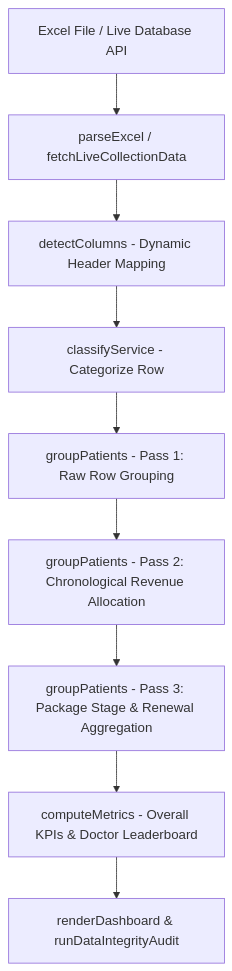
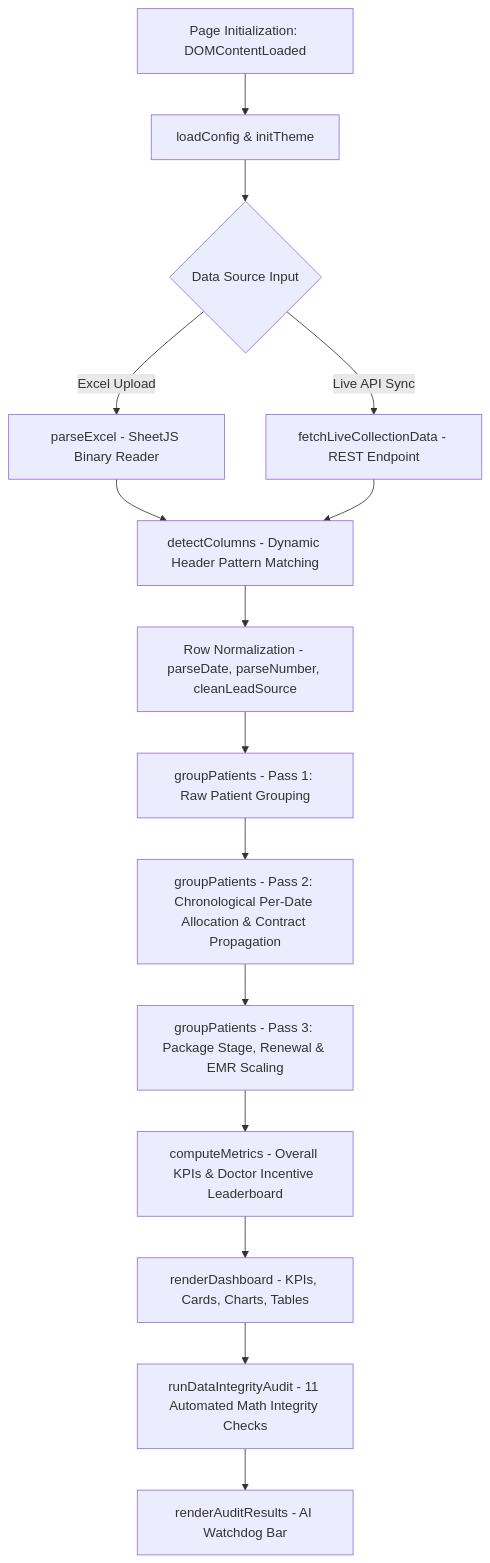
The first of 2 diagrams in context.md (singhemant666-jpg/mpc-report-analyzer), drawn with Mermaid before and after one commit. The commit also changed other lines of this file, not shown here.

Commit message:
Expand context.md into complete technical blueprint detailing lifecycle, classification rules, multi-pass allocation, doctor incentive ranking, and 11-check AI watchdog audit

````diff
--- a/context.md
+++ b/context.md
@@ -35,11 +27,17 @@
 ```mermaid
 flowchart TD
-    A[Excel File / Live Database API] --> B[parseExcel / fetchLiveCollectionData]
-    B --> C[detectColumns - Dynamic Header Mapping]
-    C --> D[classifyService - Categorize Row]
-    D --> E[groupPatients - Pass 1: Raw Row Grouping]
-    E --> F[groupPatients - Pass 2: Chronological Revenue Allocation]
-    F --> G[groupPatients - Pass 3: Package Stage & Renewal Aggregation]
-    G --> H[computeMetrics - Overall KPIs & Doctor Leaderboard]
-    H --> I[renderDashboard & runDataIntegrityAudit]
+    A[Page Initialization: DOMContentLoaded] --> B[loadConfig & initTheme]
+    B --> C{Data Source Input}
+    C -->|Excel Upload| D[parseExcel - SheetJS Binary Reader]
+    C -->|Live API Sync| E[fetchLiveCollectionData - REST Endpoint]
+    D --> F[detectColumns - Dynamic Header Pattern Matching]
+    E --> F
+    F --> G[Row Normalization - parseDate, parseNumber, cleanLeadSource]
+    G --> H[groupPatients - Pass 1: Raw Patient Grouping]
+    H --> I[groupPatients - Pass 2: Chronological Per-Date Allocation & Contract Propagation]
+    I --> J[groupPatients - Pass 3: Package Stage, Renewal & EMR Scaling]
+    J --> K[computeMetrics - Overall KPIs & Doctor Incentive Leaderboard]
+    K --> L[renderDashboard - KPIs, Cards, Charts, Tables]
+    L --> M[runDataIntegrityAudit - 11 Automated Math Integrity Checks]
+    M --> N[renderAuditResults - AI Watchdog Bar]
 ```
````
